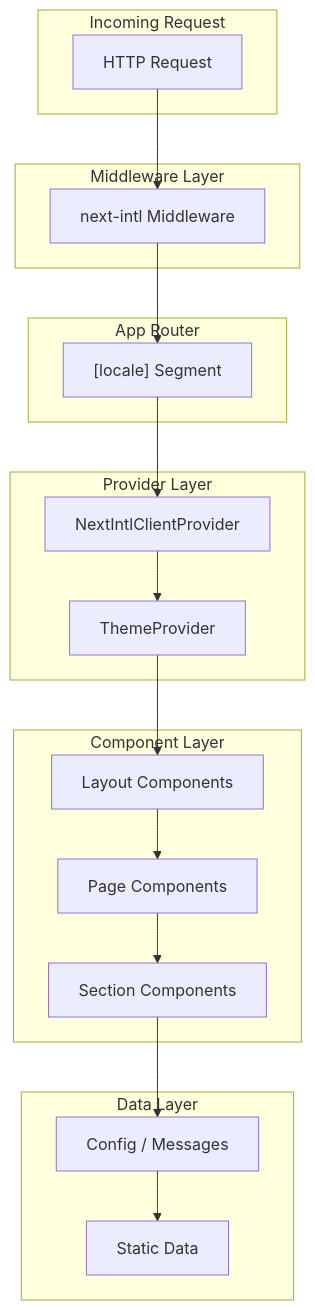
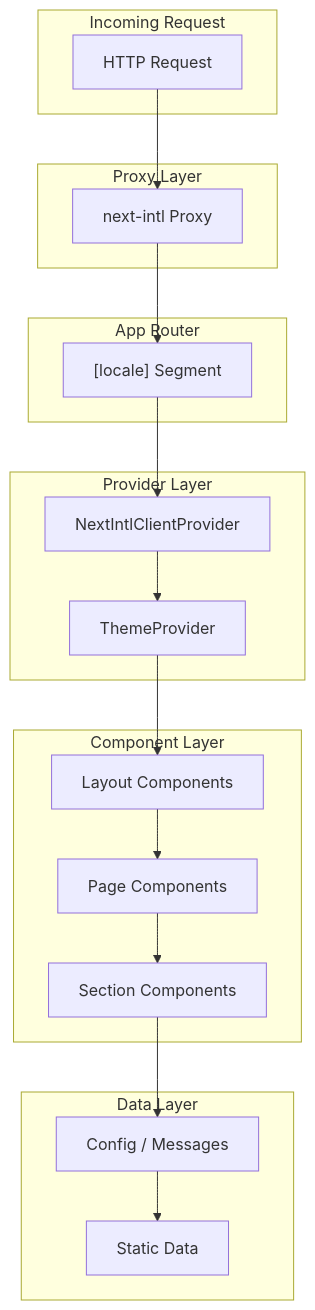
Before and after one commit to paramdnoid/PORTFOLIO: the diagram in docs/architecture/overview.md, drawn with Mermaid. The commit also changed other lines of this file and 110 other files, not shown here.

````diff
--- a/docs/architecture/overview.md
+++ b/docs/architecture/overview.md
@@ -11,40 +11,40 @@
 ```mermaid
 flowchart TB
     subgraph Request["Incoming Request"]
         A[HTTP Request]
     end
 
-    subgraph Middleware["Middleware Layer"]
-        B[next-intl Middleware]
+    subgraph Proxy["Proxy Layer"]
+        B[next-intl Proxy]
     end
 
     subgraph AppRouter["App Router"]
         C["[locale] Segment"]
     end
 
     subgraph Providers["Provider Layer"]
         D[NextIntlClientProvider]
         E[ThemeProvider]
     end
 
     subgraph Components["Component Layer"]
         F[Layout Components]
         G[Page Components]
         H[Section Components]
     end
 
     subgraph Data["Data Layer"]
         I[Config / Messages]
         J[Static Data]
     end
 
     A --> B
     B --> C
     C --> D
     D --> E
     E --> F
     F --> G
     G --> H
     H --> I
     I --> J
 ```
````
